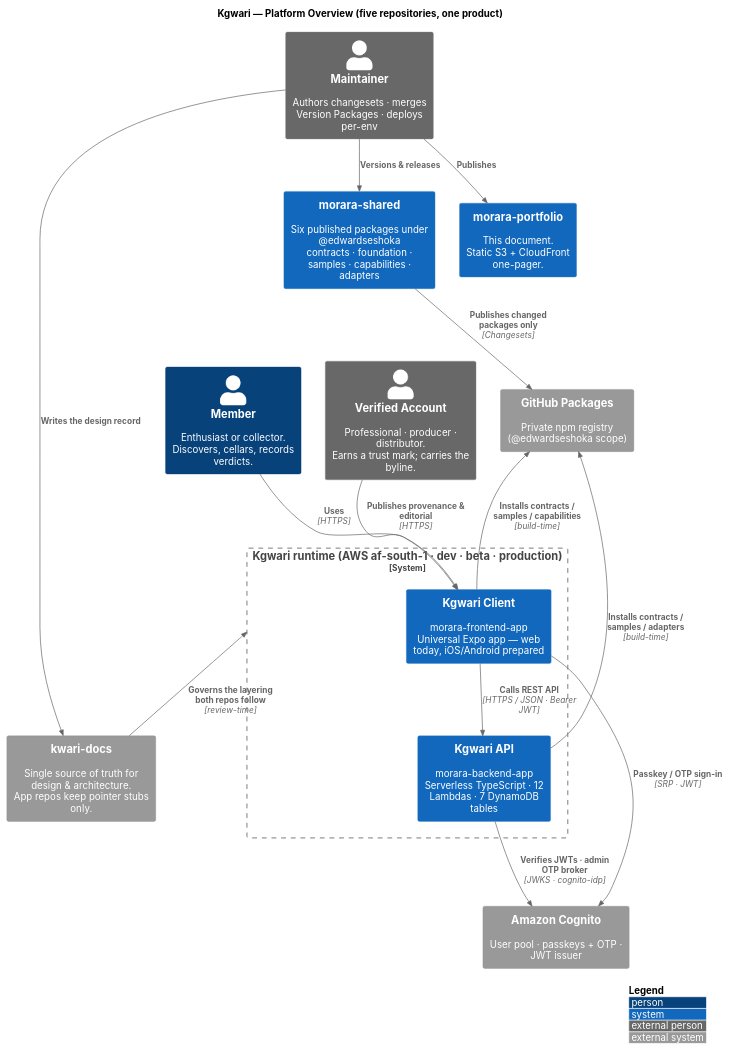
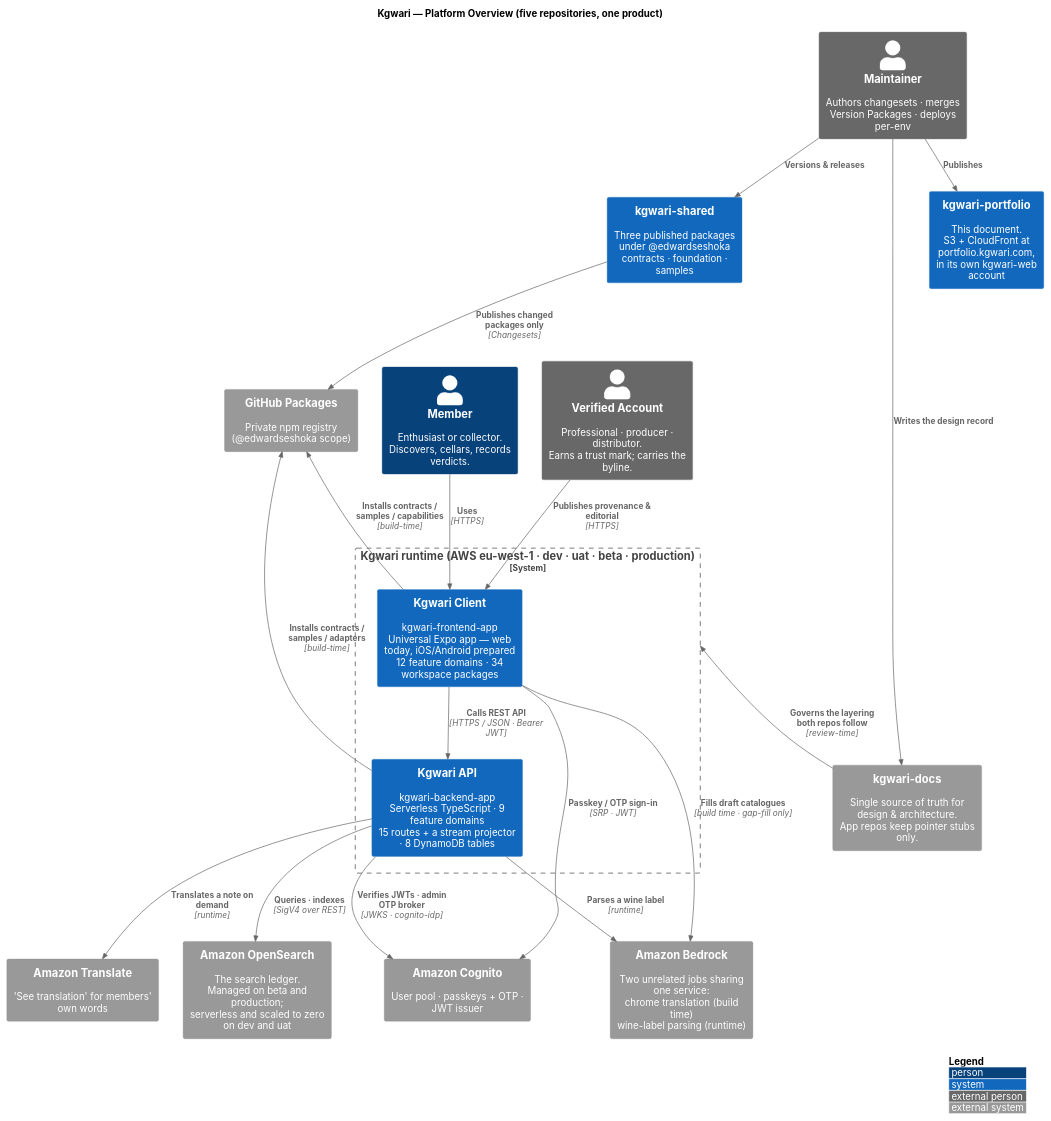
One commit to EdwardSeshoka/kgwari-portfolio changed the diagram in site-src/diagrams/pf-platform.puml. Above: the diagram before and after it, drawn with PlantUML. The commit also changed 57 other files, not shown here.

```diff
--- a/site-src/diagrams/pf-platform.puml
+++ b/site-src/diagrams/pf-platform.puml
@@ -1,44 +1,51 @@
 @startuml
 !include https://raw.githubusercontent.com/plantuml-stdlib/C4-PlantUML/master/C4_Context.puml
 
 LAYOUT_WITH_LEGEND()
 HIDE_STEREOTYPE()
 skinparam backgroundColor #FFFFFF
 skinparam defaultFontName "Inter"
 skinparam shadowing false
 
 title Kgwari — Platform Overview (five repositories, one product)
 
 Person(member, "Member", "Enthusiast or collector.\nDiscovers, cellars, records verdicts.")
 Person_Ext(verified, "Verified Account", "Professional · producer · distributor.\nEarns a trust mark; carries the byline.")
 Person_Ext(maintainer, "Maintainer", "Authors changesets · merges Version Packages · deploys per-env")
 
-System_Boundary(runtime, "Kgwari runtime (AWS af-south-1 · dev · beta · production)") {
-  System(frontend, "Kgwari Client", "morara-frontend-app\nUniversal Expo app — web today, iOS/Android prepared")
-  System(backend, "Kgwari API", "morara-backend-app\nServerless TypeScript · 12 Lambdas · 7 DynamoDB tables")
+System_Boundary(runtime, "Kgwari runtime (AWS eu-west-1 · dev · uat · beta · production)") {
+  System(frontend, "Kgwari Client", "kgwari-frontend-app\nUniversal Expo app — web today, iOS/Android prepared\n12 feature domains · 34 workspace packages")
+  System(backend, "Kgwari API", "kgwari-backend-app\nServerless TypeScript · 9 feature domains\n15 routes + a stream projector · 8 DynamoDB tables")
 }
 
 System_Ext(cognito, "Amazon Cognito", "User pool · passkeys + OTP · JWT issuer")
+System_Ext(opensearch, "Amazon OpenSearch", "The search ledger.\nManaged on beta and production;\nserverless and scaled to zero on dev and uat")
+System_Ext(bedrock, "Amazon Bedrock", "Two unrelated jobs sharing one service:\nchrome translation (build time)\nwine-label parsing (runtime)")
+System_Ext(translate, "Amazon Translate", "'See translation' for members' own words")
 
-System(shared, "morara-shared", "Six published packages under @edwardseshoka\ncontracts · foundation · samples · capabilities · adapters")
+System(shared, "kgwari-shared", "Three published packages under @edwardseshoka\ncontracts · foundation · samples")
 System_Ext(ghpkg, "GitHub Packages", "Private npm registry (@edwardseshoka scope)")
 
-System_Ext(docs, "kwari-docs", "Single source of truth for design & architecture.\nApp repos keep pointer stubs only.")
-System(portfolio, "morara-portfolio", "This document.\nStatic S3 + CloudFront one-pager.")
+System_Ext(docs, "kgwari-docs", "Single source of truth for design & architecture.\nApp repos keep pointer stubs only.")
+System(portfolio, "kgwari-portfolio", "This document.\nS3 + CloudFront at portfolio.kgwari.com,\nin its own kgwari-web account")
 
 Rel(member, frontend, "Uses", "HTTPS")
 Rel(verified, frontend, "Publishes provenance & editorial", "HTTPS")
 Rel(frontend, backend, "Calls REST API", "HTTPS / JSON · Bearer JWT")
 Rel(frontend, cognito, "Passkey / OTP sign-in", "SRP · JWT")
 Rel(backend, cognito, "Verifies JWTs · admin OTP broker", "JWKS · cognito-idp")
+Rel(backend, opensearch, "Queries · indexes", "SigV4 over REST")
+Rel(backend, translate, "Translates a note on demand", "runtime")
+Rel(backend, bedrock, "Parses a wine label", "runtime")
+Rel(frontend, bedrock, "Fills draft catalogues", "build time · gap-fill only")
 
 Rel(shared, ghpkg, "Publishes changed packages only", "Changesets")
 Rel_Back(ghpkg, frontend, "Installs contracts / samples / capabilities", "build-time")
 Rel_Back(ghpkg, backend, "Installs contracts / samples / adapters", "build-time")
 
 Rel(maintainer, shared, "Versions & releases")
 Rel(maintainer, docs, "Writes the design record")
 Rel_U(docs, runtime, "Governs the layering both repos follow", "review-time")
 Rel(maintainer, portfolio, "Publishes")
 
 @enduml
```
